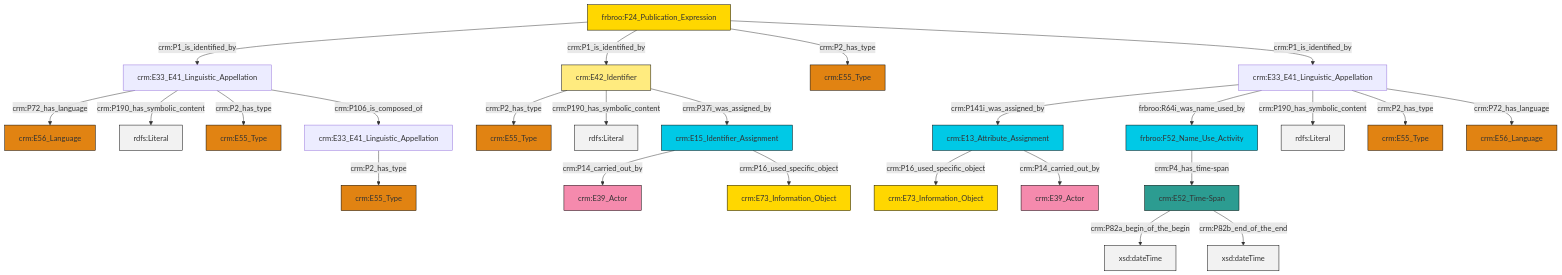
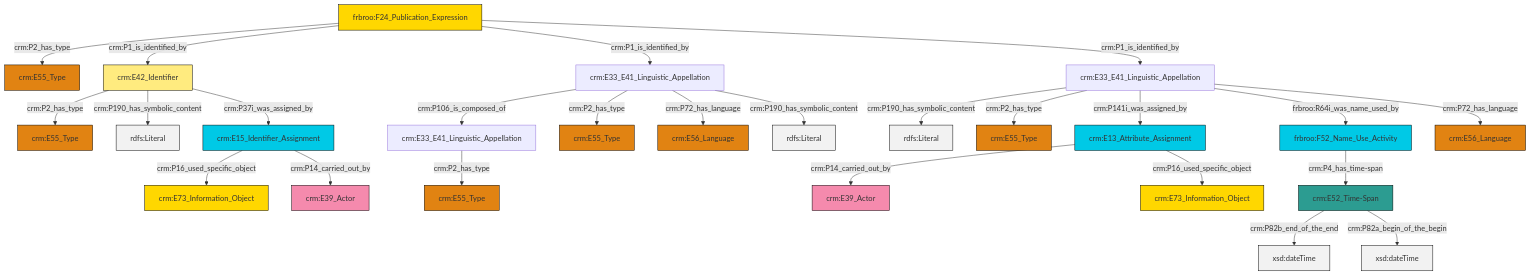
Before and after one commit to swiss-art-research-net/reference-data-models: the diagram in et/biblioCSV/ttl/mmd/biblio_name.ttl.mmd, drawn with Mermaid. The commit also changed 128 other files, not shown here.

```diff
--- a/et/biblioCSV/ttl/mmd/biblio_name.ttl.mmd
+++ b/et/biblioCSV/ttl/mmd/biblio_name.ttl.mmd
@@ -1,39 +1,39 @@
 graph TD
 classDef Literal fill:#f2f2f2,stroke:#000000;
 classDef CRM_Entity fill:#FFFFFF,stroke:#000000;
 classDef Temporal_Entity fill:#00C9E6, stroke:#000000;
 classDef Type fill:#E18312, stroke:#000000;
 classDef Time-Span fill:#2C9C91, stroke:#000000;
 classDef Appellation fill:#FFEB7F, stroke:#000000;
 classDef Place fill:#008836, stroke:#000000;
 classDef Persistent_Item fill:#B266B2, stroke:#000000;
 classDef Conceptual_Object fill:#FFD700, stroke:#000000;
 classDef Physical_Thing fill:#D2B48C, stroke:#000000;
 classDef Actor fill:#f58aad, stroke:#000000;
 classDef PC_Classes fill:#4ce600, stroke:#000000;
 classDef Multi fill:#cccccc,stroke:#000000;
 
-0["crm:E33_E41_Linguistic_Appellation"]:::Default -->|crm:P72_has_language| 1["crm:E56_Language"]:::Type
-2["crm:E52_Time-Span"]:::Time-Span -->|crm:P82a_begin_of_the_begin| 3[xsd:dateTime]:::Literal
-4["frbroo:F52_Name_Use_Activity"]:::Temporal_Entity -->|crm:P4_has_time-span| 2["crm:E52_Time-Span"]:::Time-Span
-5["crm:E33_E41_Linguistic_Appellation"]:::Default -->|crm:P2_has_type| 6["crm:E55_Type"]:::Type
-9["frbroo:F24_Publication_Expression"]:::Conceptual_Object -->|crm:P1_is_identified_by| 0["crm:E33_E41_Linguistic_Appellation"]:::Default
-11["crm:E42_Identifier"]:::Appellation -->|crm:P2_has_type| 12["crm:E55_Type"]:::Type
-9["frbroo:F24_Publication_Expression"]:::Conceptual_Object -->|crm:P1_is_identified_by| 11["crm:E42_Identifier"]:::Appellation
-18["crm:E13_Attribute_Assignment"]:::Temporal_Entity -->|crm:P16_used_specific_object| 19["crm:E73_Information_Object"]:::Conceptual_Object
-7["crm:E33_E41_Linguistic_Appellation"]:::Default -->|crm:P141i_was_assigned_by| 18["crm:E13_Attribute_Assignment"]:::Temporal_Entity
-9["frbroo:F24_Publication_Expression"]:::Conceptual_Object -->|crm:P2_has_type| 20["crm:E55_Type"]:::Type
-7["crm:E33_E41_Linguistic_Appellation"]:::Default -->|frbroo:R64i_was_name_used_by| 4["frbroo:F52_Name_Use_Activity"]:::Temporal_Entity
-7["crm:E33_E41_Linguistic_Appellation"]:::Default -->|crm:P190_has_symbolic_content| 25[rdfs:Literal]:::Literal
-0["crm:E33_E41_Linguistic_Appellation"]:::Default -->|crm:P190_has_symbolic_content| 27[rdfs:Literal]:::Literal
-11["crm:E42_Identifier"]:::Appellation -->|crm:P190_has_symbolic_content| 30[rdfs:Literal]:::Literal
-7["crm:E33_E41_Linguistic_Appellation"]:::Default -->|crm:P2_has_type| 21["crm:E55_Type"]:::Type
-18["crm:E13_Attribute_Assignment"]:::Temporal_Entity -->|crm:P14_carried_out_by| 31["crm:E39_Actor"]:::Actor
-37["crm:E15_Identifier_Assignment"]:::Temporal_Entity -->|crm:P14_carried_out_by| 34["crm:E39_Actor"]:::Actor
-37["crm:E15_Identifier_Assignment"]:::Temporal_Entity -->|crm:P16_used_specific_object| 38["crm:E73_Information_Object"]:::Conceptual_Object
-0["crm:E33_E41_Linguistic_Appellation"]:::Default -->|crm:P2_has_type| 16["crm:E55_Type"]:::Type
-9["frbroo:F24_Publication_Expression"]:::Conceptual_Object -->|crm:P1_is_identified_by| 7["crm:E33_E41_Linguistic_Appellation"]:::Default
-7["crm:E33_E41_Linguistic_Appellation"]:::Default -->|crm:P72_has_language| 23["crm:E56_Language"]:::Type
-11["crm:E42_Identifier"]:::Appellation -->|crm:P37i_was_assigned_by| 37["crm:E15_Identifier_Assignment"]:::Temporal_Entity
-0["crm:E33_E41_Linguistic_Appellation"]:::Default -->|crm:P106_is_composed_of| 5["crm:E33_E41_Linguistic_Appellation"]:::Default
-2["crm:E52_Time-Span"]:::Time-Span -->|crm:P82b_end_of_the_end| 46[xsd:dateTime]:::Literal
+2["crm:E33_E41_Linguistic_Appellation"]:::Default -->|crm:P190_has_symbolic_content| 3[rdfs:Literal]:::Literal
+4["frbroo:F24_Publication_Expression"]:::Conceptual_Object -->|crm:P2_has_type| 5["crm:E55_Type"]:::Type
+6["crm:E13_Attribute_Assignment"]:::Temporal_Entity -->|crm:P14_carried_out_by| 7["crm:E39_Actor"]:::Actor
+15["crm:E15_Identifier_Assignment"]:::Temporal_Entity -->|crm:P16_used_specific_object| 16["crm:E73_Information_Object"]:::Conceptual_Object
+15["crm:E15_Identifier_Assignment"]:::Temporal_Entity -->|crm:P14_carried_out_by| 23["crm:E39_Actor"]:::Actor
+4["frbroo:F24_Publication_Expression"]:::Conceptual_Object -->|crm:P1_is_identified_by| 19["crm:E42_Identifier"]:::Appellation
+19["crm:E42_Identifier"]:::Appellation -->|crm:P2_has_type| 0["crm:E55_Type"]:::Type
+21["crm:E52_Time-Span"]:::Time-Span -->|crm:P82b_end_of_the_end| 24[xsd:dateTime]:::Literal
+27["frbroo:F52_Name_Use_Activity"]:::Temporal_Entity -->|crm:P4_has_time-span| 21["crm:E52_Time-Span"]:::Time-Span
+33["crm:E33_E41_Linguistic_Appellation"]:::Default -->|crm:P106_is_composed_of| 28["crm:E33_E41_Linguistic_Appellation"]:::Default
+2["crm:E33_E41_Linguistic_Appellation"]:::Default -->|crm:P2_has_type| 34["crm:E55_Type"]:::Type
+2["crm:E33_E41_Linguistic_Appellation"]:::Default -->|crm:P141i_was_assigned_by| 6["crm:E13_Attribute_Assignment"]:::Temporal_Entity
+4["frbroo:F24_Publication_Expression"]:::Conceptual_Object -->|crm:P1_is_identified_by| 33["crm:E33_E41_Linguistic_Appellation"]:::Default
+2["crm:E33_E41_Linguistic_Appellation"]:::Default -->|frbroo:R64i_was_name_used_by| 27["frbroo:F52_Name_Use_Activity"]:::Temporal_Entity
+21["crm:E52_Time-Span"]:::Time-Span -->|crm:P82a_begin_of_the_begin| 38[xsd:dateTime]:::Literal
+33["crm:E33_E41_Linguistic_Appellation"]:::Default -->|crm:P2_has_type| 35["crm:E55_Type"]:::Type
+6["crm:E13_Attribute_Assignment"]:::Temporal_Entity -->|crm:P16_used_specific_object| 31["crm:E73_Information_Object"]:::Conceptual_Object
+28["crm:E33_E41_Linguistic_Appellation"]:::Default -->|crm:P2_has_type| 25["crm:E55_Type"]:::Type
+19["crm:E42_Identifier"]:::Appellation -->|crm:P190_has_symbolic_content| 44[rdfs:Literal]:::Literal
+2["crm:E33_E41_Linguistic_Appellation"]:::Default -->|crm:P72_has_language| 10["crm:E56_Language"]:::Type
+4["frbroo:F24_Publication_Expression"]:::Conceptual_Object -->|crm:P1_is_identified_by| 2["crm:E33_E41_Linguistic_Appellation"]:::Default
+19["crm:E42_Identifier"]:::Appellation -->|crm:P37i_was_assigned_by| 15["crm:E15_Identifier_Assignment"]:::Temporal_Entity
+33["crm:E33_E41_Linguistic_Appellation"]:::Default -->|crm:P72_has_language| 17["crm:E56_Language"]:::Type
+33["crm:E33_E41_Linguistic_Appellation"]:::Default -->|crm:P190_has_symbolic_content| 46[rdfs:Literal]:::Literal
```
